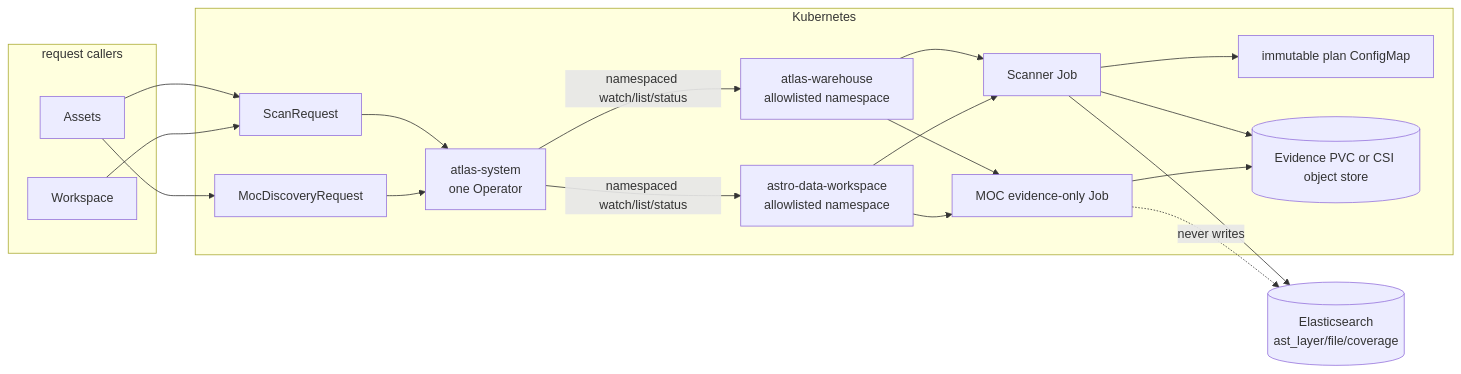
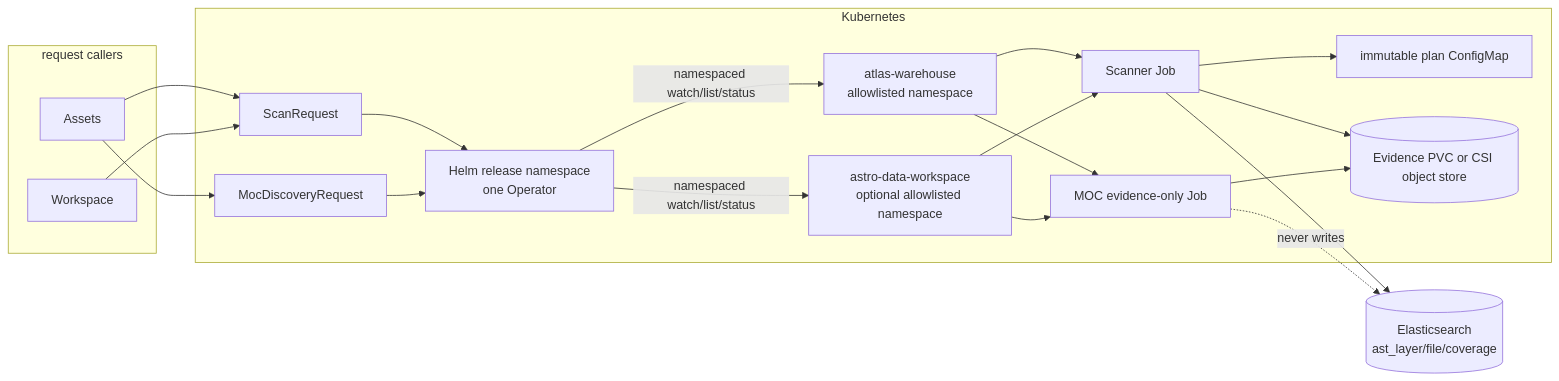
Before and after one commit to Astro-Survey-Atlas/Warehouse: the second of 4 diagrams in docs/architecture.md, drawn with Mermaid. The commit also changed other lines of this file and 77 other files, not shown here.

````diff
--- a/docs/architecture.md
+++ b/docs/architecture.md
@@ -44,36 +44,36 @@
 ```mermaid
 flowchart LR
   subgraph callers[request callers]
     A[Assets]
     W[Workspace]
   end
   subgraph k8s[Kubernetes]
-    C1[atlas-system<br/>one Operator]
+    C1[Helm release namespace<br/>one Operator]
     N1[atlas-warehouse<br/>allowlisted namespace]
-    N2[astro-data-workspace<br/>allowlisted namespace]
+    N2[astro-data-workspace<br/>optional allowlisted namespace]
     SR[ScanRequest]
     MR[MocDiscoveryRequest]
     SJ[Scanner Job]
     MJ[MOC evidence-only Job]
     CM[immutable plan ConfigMap]
     EV[(Evidence PVC or CSI object store)]
   end
   ES[(Elasticsearch<br/>ast_layer/file/coverage)]
 
   A --> SR
   W --> SR
   A --> MR
   SR --> C1
   MR --> C1
   C1 -->|namespaced watch/list/status| N1
   C1 -->|namespaced watch/list/status| N2
   N1 --> SJ
   N2 --> SJ
   N1 --> MJ
   N2 --> MJ
   SJ --> CM
   SJ --> ES
   SJ --> EV
   MJ --> EV
   MJ -.->|never writes| ES
 ```
````
